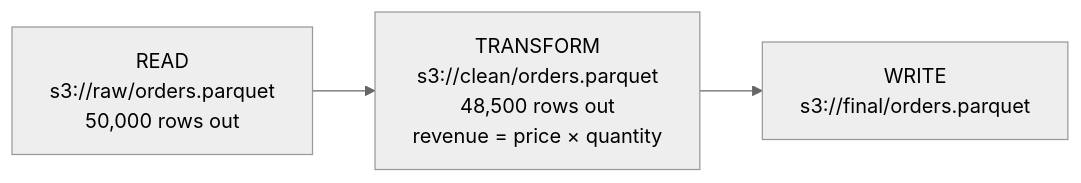
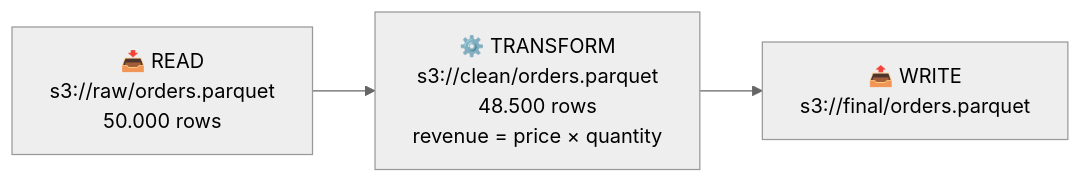
One commit to antunes-hq/aptdata-flow-os changed the second of 2 diagrams in docs/governance.md. Above: the diagram before and after it, drawn with Mermaid (neutral theme). The commit also changed other lines of this file and 12 other files, not shown here.

````diff
--- a/docs/governance.md
+++ b/docs/governance.md
@@ -35,8 +49,8 @@
 ```mermaid
 flowchart LR
-    R["READ\ns3://raw/orders.parquet\n50,000 rows out"]
-    T["TRANSFORM\ns3://clean/orders.parquet\n48,500 rows out\nrevenue = price × quantity"]
-    W["WRITE\ns3://final/orders.parquet"]
+    R["📥 READ\ns3://raw/orders.parquet\n50.000 rows"]
+    T["⚙️ TRANSFORM\ns3://clean/orders.parquet\n48.500 rows\nrevenue = price × quantity"]
+    W["📤 WRITE\ns3://final/orders.parquet"]
 
     R --> T --> W
 ```
````
